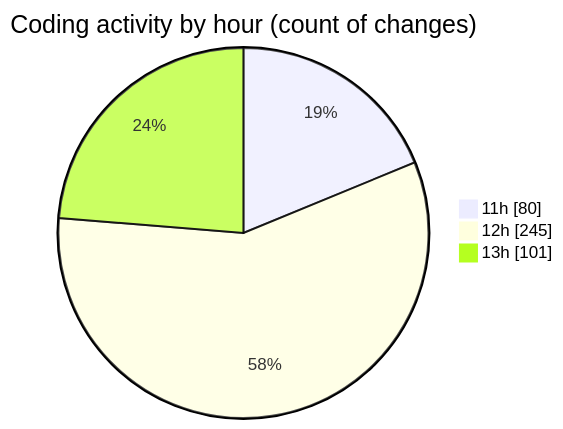
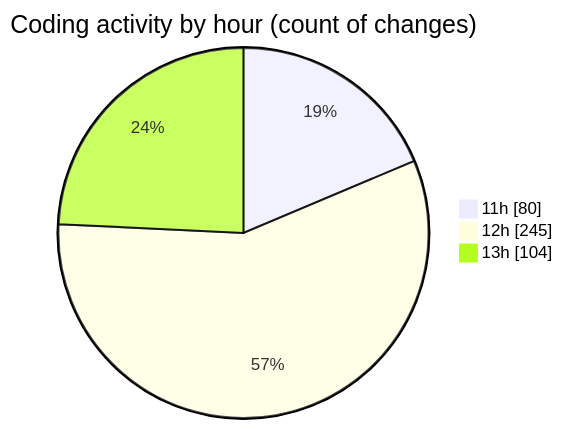
Before and after one commit to nxtqubesakshisongat/code-tracking: the second of 2 diagrams in 2025-04-19/nxtqube_webapp/README.md, drawn with Mermaid. The commit also changed other lines of this file and 1 other file, not shown here.

````diff
--- a/2025-04-19/nxtqube_webapp/README.md
+++ b/2025-04-19/nxtqube_webapp/README.md
@@ -42,7 +42,7 @@
 ```mermaid
 pie showData
 title Coding activity by hour (count of changes)
 "11h" : 80
 "12h" : 245
-"13h" : 101
+"13h" : 104
 ```
````
